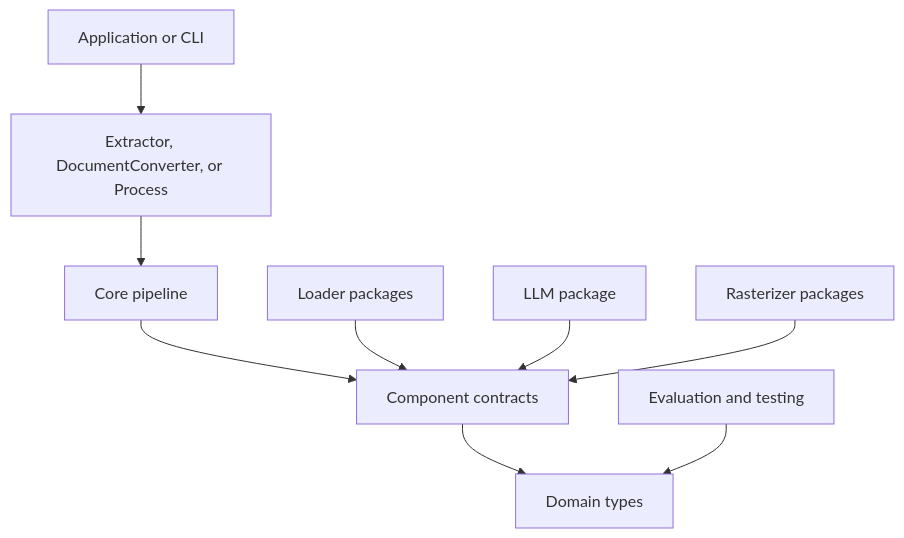
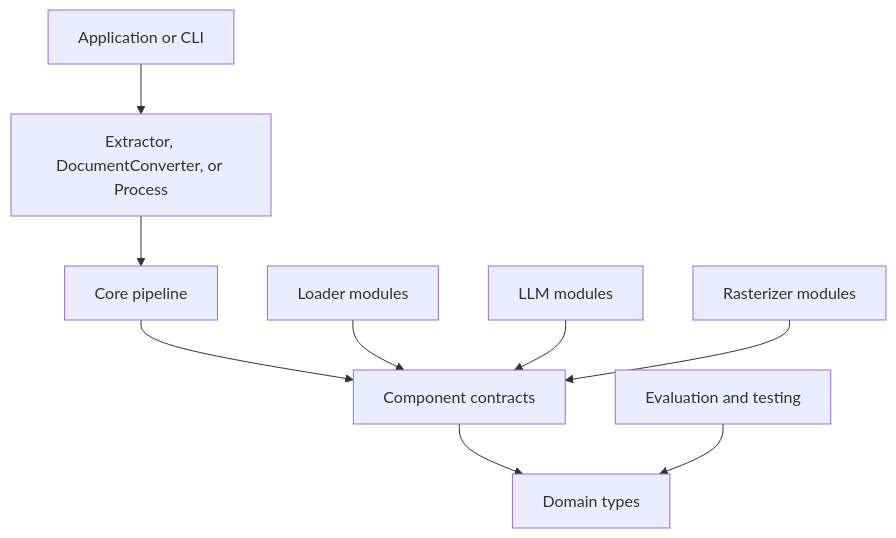
One commit to YasielCabrera/docture changed the diagram in apps/docs/content/docs/reference/architecture.mdx. Above: the diagram before and after it, drawn with Mermaid. The commit also changed other lines of this file and 422 other files, not shown here.

````diff
--- a/apps/docs/content/docs/reference/architecture.mdx
+++ b/apps/docs/content/docs/reference/architecture.mdx
@@ -10,11 +10,11 @@
 ```mermaid
 flowchart TB
   A[Application or CLI] --> B[Extractor, DocumentConverter, or Process]
   B --> C[Core pipeline]
   C --> D[Component contracts]
   D --> E[Domain types]
-  F[Loader packages] --> D
-  G[LLM package] --> D
-  H[Rasterizer packages] --> D
+  F[Loader modules] --> D
+  G[LLM modules] --> D
+  H[Rasterizer modules] --> D
   I[Evaluation and testing] --> E
 ```
````
